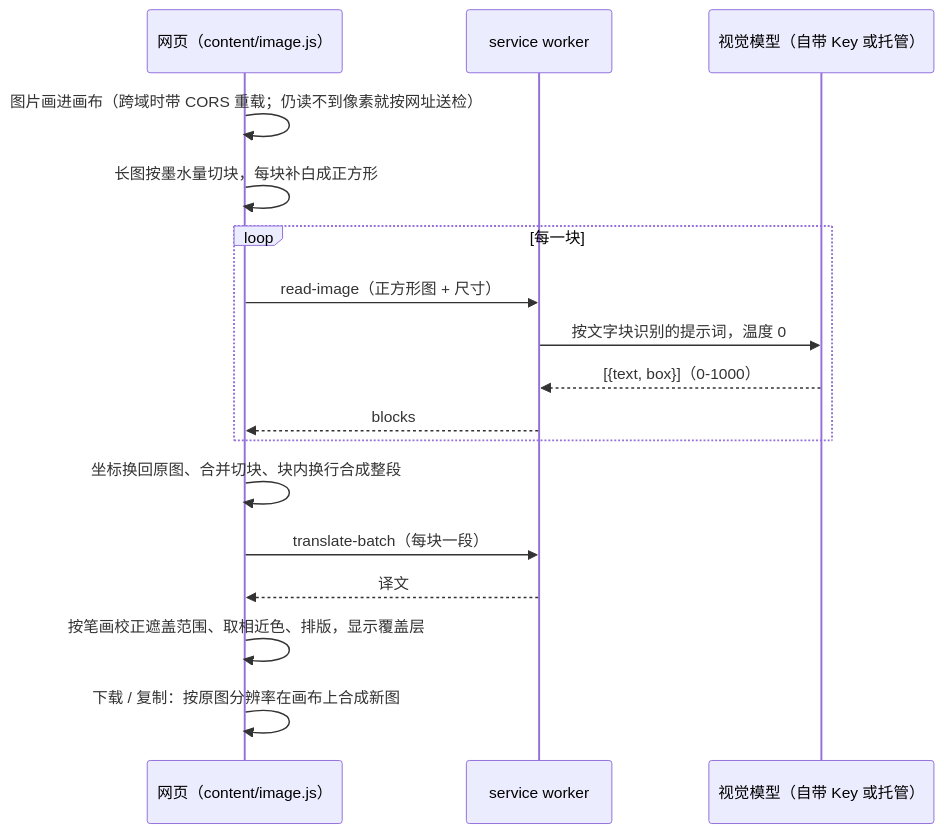
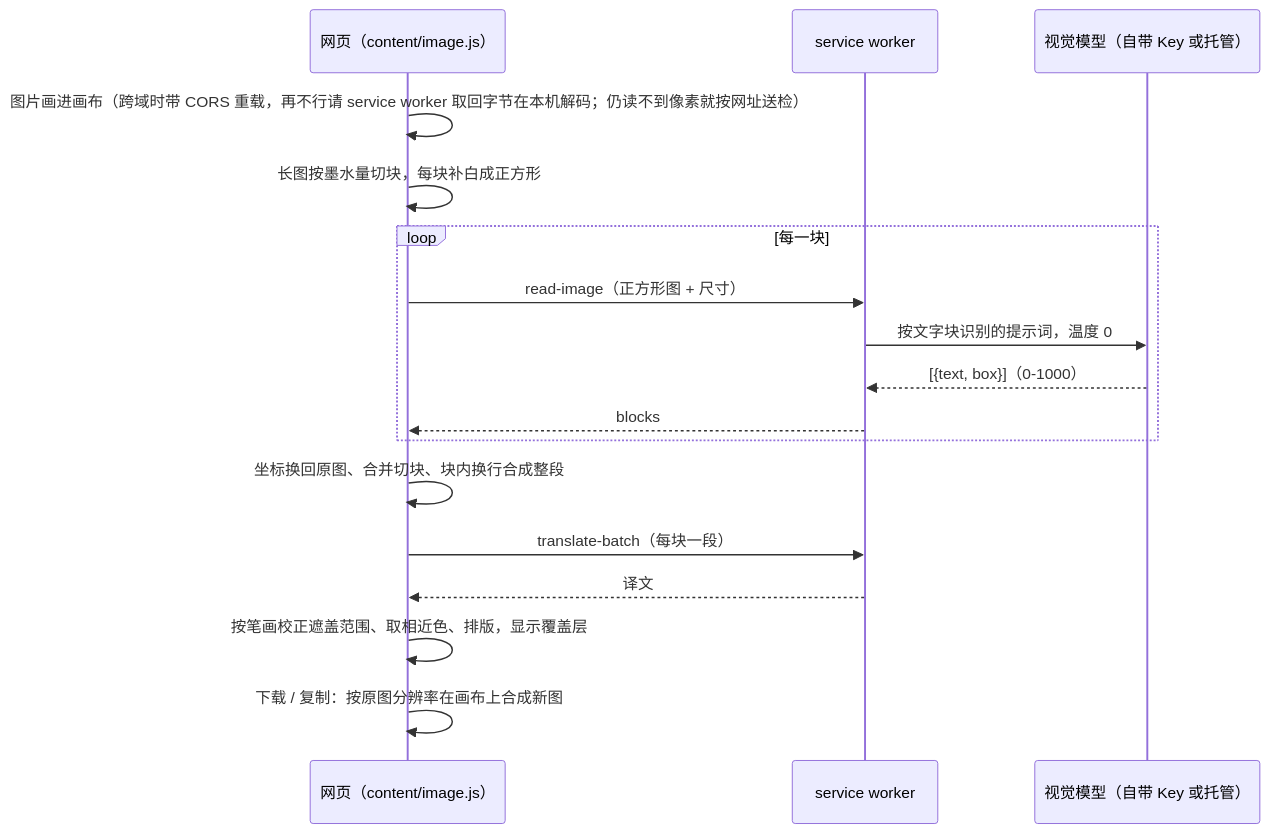
Before and after one commit to csswork/AiTranslation: the diagram in docs/extension/image-translation.md, drawn with Mermaid. The commit also changed other lines of this file and 5 other files, not shown here.

````diff
--- a/docs/extension/image-translation.md
+++ b/docs/extension/image-translation.md
@@ -49,20 +49,20 @@
 ```mermaid
 sequenceDiagram
   participant Page as 网页（content/image.js）
   participant SW as service worker
   participant Model as 视觉模型（自带 Key 或托管）
 
-  Page->>Page: 图片画进画布（跨域时带 CORS 重载；仍读不到像素就按网址送检）
+  Page->>Page: 图片画进画布（跨域时带 CORS 重载，再不行请 service worker 取回字节在本机解码；仍读不到像素就按网址送检）
   Page->>Page: 长图按墨水量切块，每块补白成正方形
   loop 每一块
     Page->>SW: read-image（正方形图 + 尺寸）
     SW->>Model: 按文字块识别的提示词，温度 0
     Model-->>SW: [{text, box}]（0-1000）
     SW-->>Page: blocks
   end
   Page->>Page: 坐标换回原图、合并切块、块内换行合成整段
   Page->>SW: translate-batch（每块一段）
   SW-->>Page: 译文
   Page->>Page: 按笔画校正遮盖范围、取相近色、排版，显示覆盖层
   Page->>Page: 下载 / 复制：按原图分辨率在画布上合成新图
 ```
````
